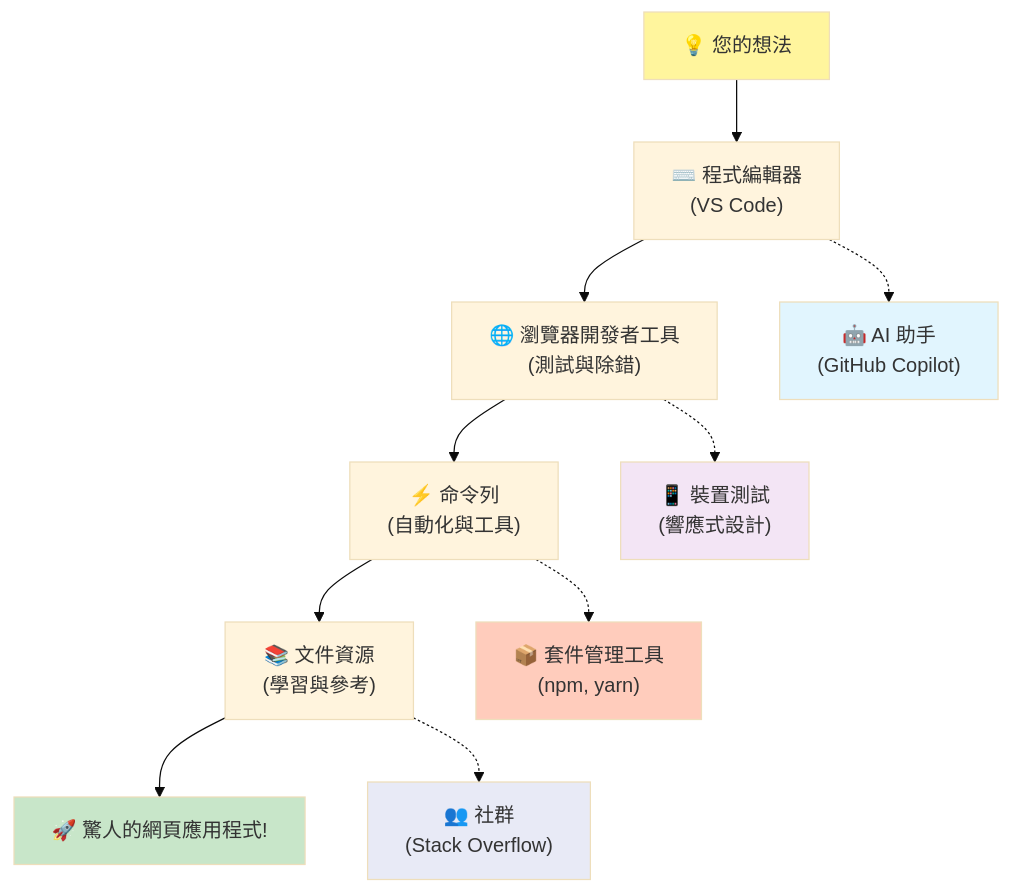
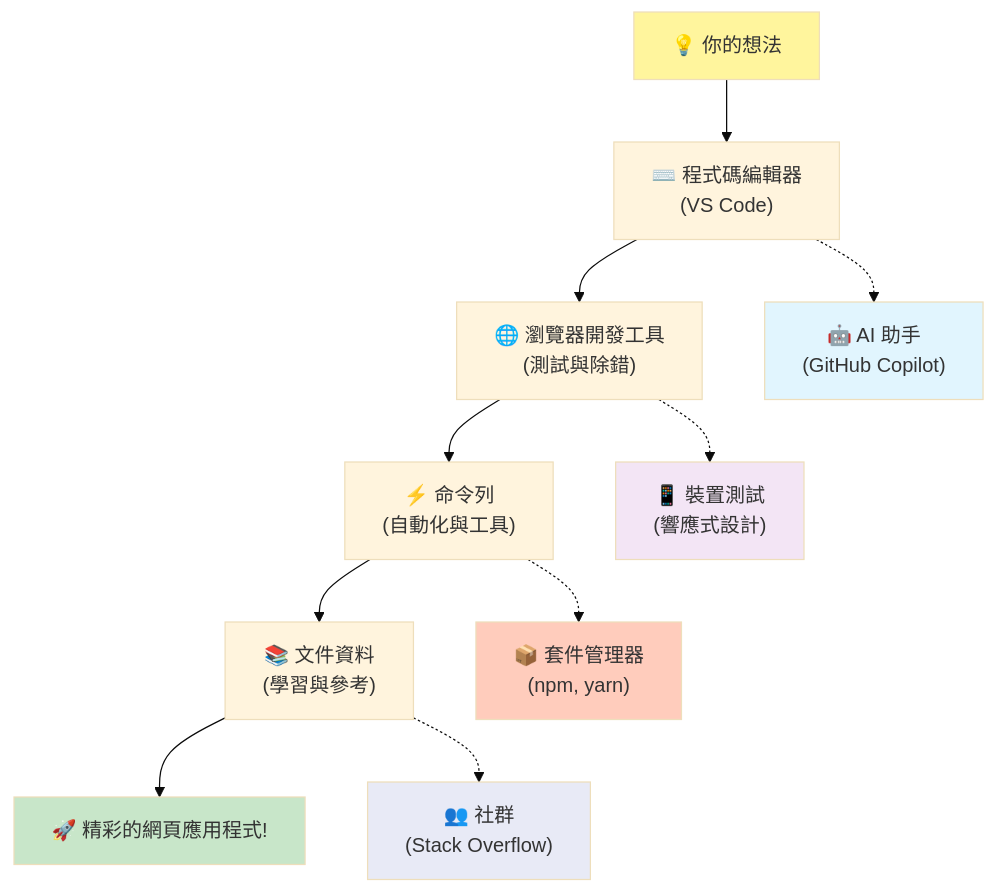
The fifth of 7 diagrams in translations/zh-TW/1-getting-started-lessons/1-intro-to-programming-languages/README.md (microsoft/Web-Dev-For-Beginners), drawn with Mermaid (base theme) before and after one commit. The commit also changed other lines of this file and 8 other files, not shown here.

````diff
--- a/translations/zh-TW/1-getting-started-lessons/1-intro-to-programming-languages/README.md
+++ b/translations/zh-TW/1-getting-started-lessons/1-intro-to-programming-languages/README.md
@@ -487,20 +489,20 @@
 ```mermaid
 graph TD
-    A["💡 您的想法"] --> B["⌨️ 程式編輯器<br/>(VS Code)"] 
-    B --> C["🌐 瀏覽器開發者工具<br/>(測試與除錯)"]
+    A["💡 你的想法"] --> B["⌨️ 程式碼編輯器<br/>(VS Code)"] 
+    B --> C["🌐 瀏覽器開發工具<br/>(測試與除錯)"]
     C --> D["⚡ 命令列<br/>(自動化與工具)"]
-    D --> E["📚 文件資源<br/>(學習與參考)"]
-    E --> F["🚀 驚人的網頁應用程式!"]
+    D --> E["📚 文件資料<br/>(學習與參考)"]
+    E --> F["🚀 精彩的網頁應用程式!"]
     
     B -.-> G["🤖 AI 助手<br/>(GitHub Copilot)"]
     C -.-> H["📱 裝置測試<br/>(響應式設計)"]
-    D -.-> I["📦 套件管理工具<br/>(npm, yarn)"]
+    D -.-> I["📦 套件管理器<br/>(npm, yarn)"]
     E -.-> J["👥 社群<br/>(Stack Overflow)"]
     
     style A fill:#fff59d
     style F fill:#c8e6c9
     style G fill:#e1f5fe
     style H fill:#f3e5f5
     style I fill:#ffccbc
     style J fill:#e8eaf6
 ```
````
